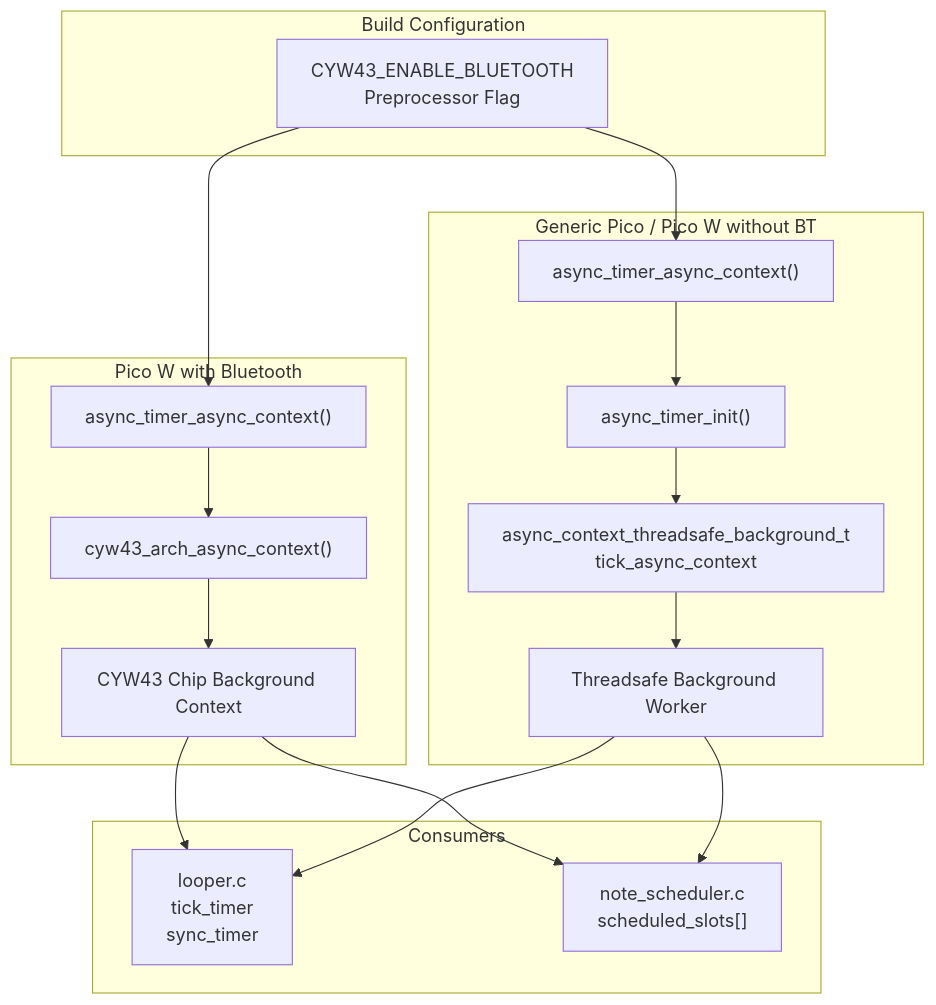
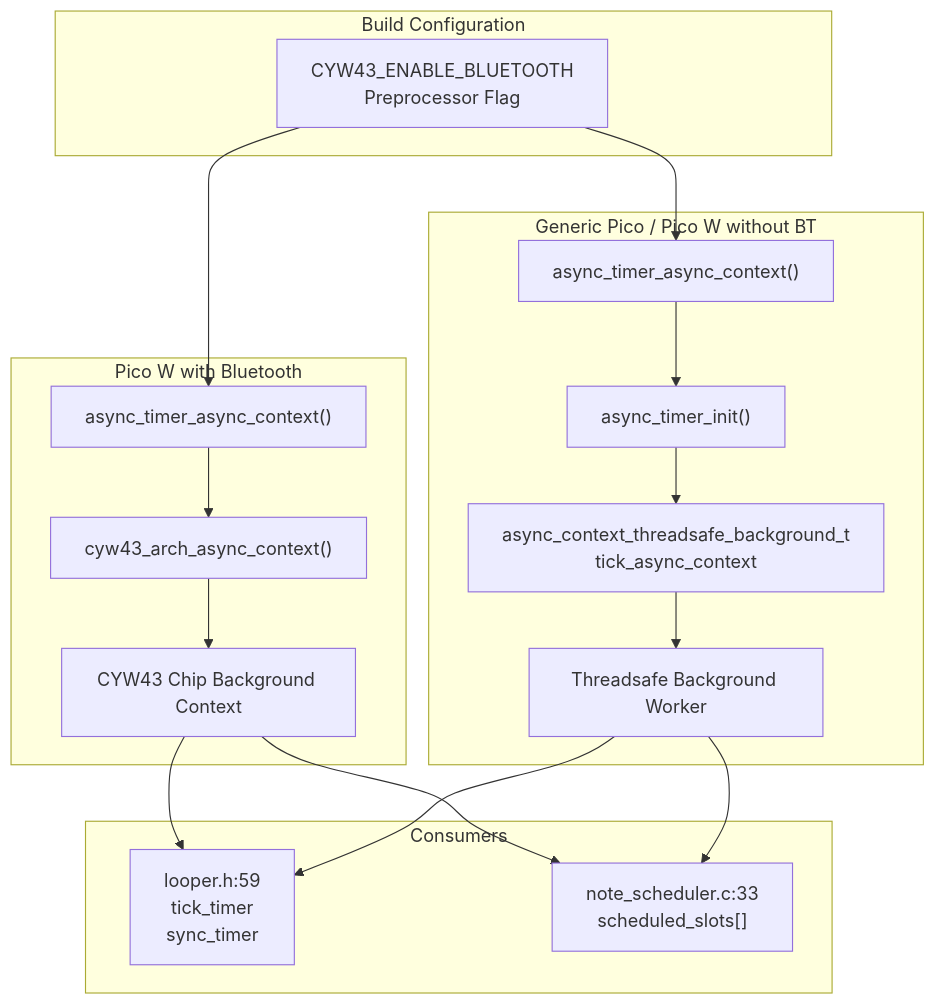
Before and after one commit to Jus-Be/orinayo-pico: the first of 6 diagrams in wiki/8.1-asynchronous-timer.md, drawn with Mermaid. The commit also changed other lines of this file and 42 other files, not shown here.

````diff
--- a/wiki/8.1-asynchronous-timer.md
+++ b/wiki/8.1-asynchronous-timer.md
@@ -30,48 +32,48 @@
 ```mermaid
 flowchart TD
 
 BuildFlag["CYW43_ENABLE_BLUETOOTH<br>Preprocessor Flag"]
 CYW43Path["async_timer_async_context()"]
 CYW43Impl["cyw43_arch_async_context()"]
 CYW43Context["CYW43 Chip Background Context"]
 GenericPath["async_timer_async_context()"]
 GenericInit["async_timer_init()"]
 GenericImpl["async_context_threadsafe_background_t<br>tick_async_context"]
 GenericContext["Threadsafe Background Worker"]
-Looper["looper.c<br>tick_timer<br>sync_timer"]
-NoteScheduler["note_scheduler.c<br>scheduled_slots[]"]
+Looper["looper.h:59<br>tick_timer<br>sync_timer"]
+NoteScheduler["note_scheduler.c:33<br>scheduled_slots[]"]
 
 BuildFlag --> CYW43Path
 BuildFlag --> GenericPath
 CYW43Context --> Looper
 GenericContext --> Looper
 CYW43Context --> NoteScheduler
 GenericContext --> NoteScheduler
 
 subgraph Consumers ["Consumers"]
     Looper
     NoteScheduler
 end
 
 subgraph subGraph2 ["Generic Pico / Pico W without BT"]
     GenericPath
     GenericInit
     GenericImpl
     GenericContext
     GenericPath --> GenericInit
     GenericInit --> GenericImpl
     GenericImpl --> GenericContext
 end
 
 subgraph subGraph1 ["Pico W with Bluetooth"]
     CYW43Path
     CYW43Impl
     CYW43Context
     CYW43Path --> CYW43Impl
     CYW43Impl --> CYW43Context
 end
 
 subgraph subGraph0 ["Build Configuration"]
     BuildFlag
 end
 ```
````
